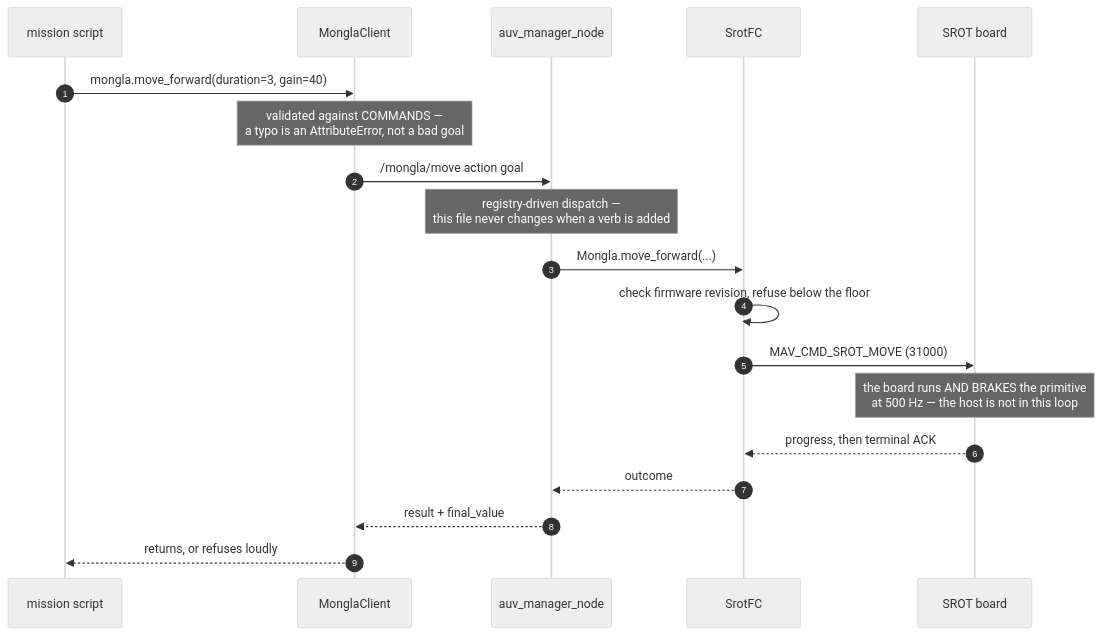
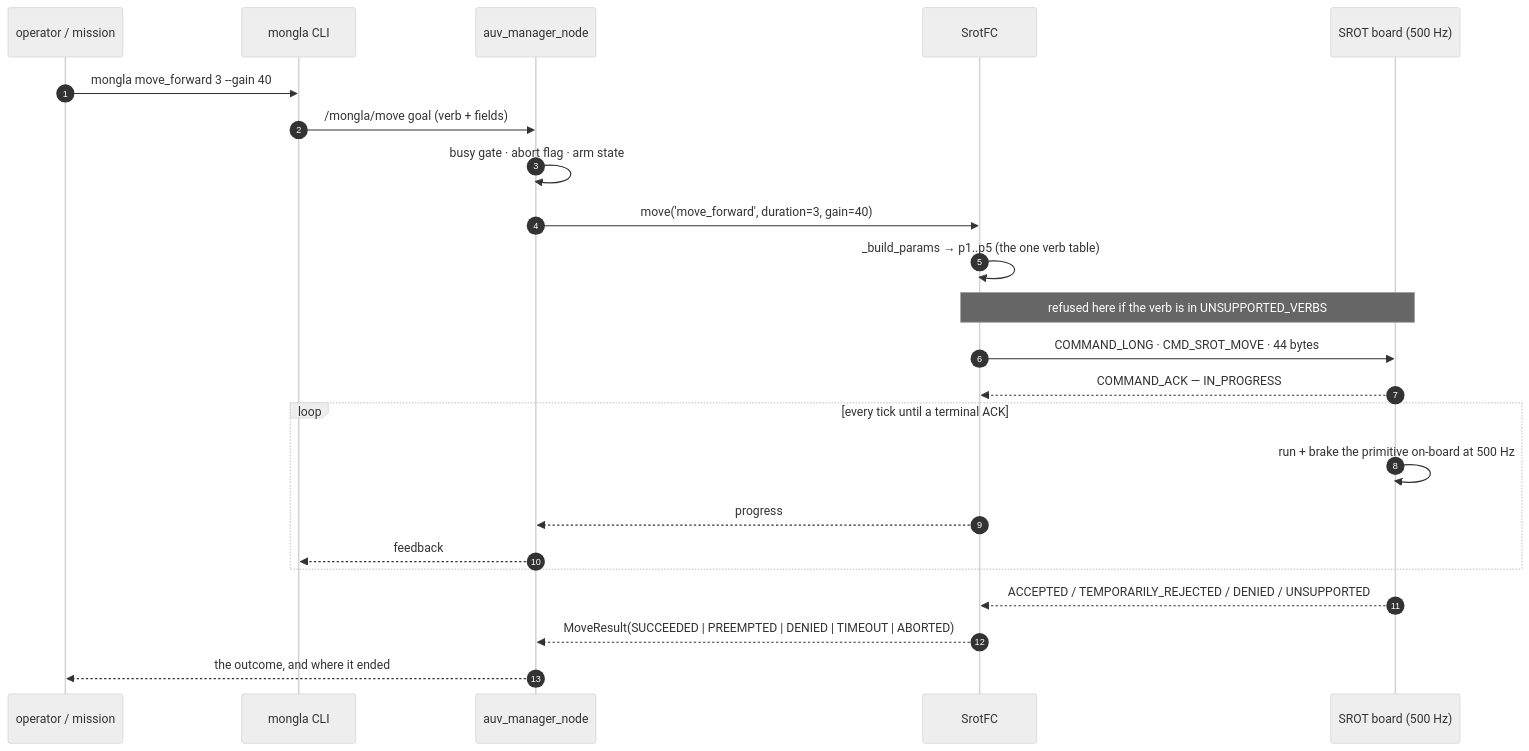
Before and after one commit to fh1m/duburi_ws: the fourth of 12 diagrams in README.md, drawn with Mermaid (neutral theme). The commit also changed other lines of this file, not shown here.

````diff
--- a/README.md
+++ b/README.md
@@ -434,22 +227,25 @@
 ```mermaid
 sequenceDiagram
     autonumber
-    participant M as mission script
-    participant C as MonglaClient
-    participant N as auv_manager_node
-    participant F as SrotFC
-    participant B as SROT board
-
-    M->>C: mongla.move_forward(duration=3, gain=40)
-    Note over C: validated against COMMANDS —<br/>a typo is an AttributeError, not a bad goal
-    C->>N: /mongla/move action goal
-    Note over N: registry-driven dispatch —<br/>this file never changes when a verb is added
-    N->>F: Mongla.move_forward(...)
-    F->>F: check firmware revision, refuse below the floor
-    F->>B: MAV_CMD_SROT_MOVE (31000)
-    Note over B: the board runs AND BRAKES the primitive<br/>at 500 Hz — the host is not in this loop
-    B-->>F: progress, then terminal ACK
-    F-->>N: outcome
-    N-->>C: result + final_value
-    C-->>M: returns, or refuses loudly
+    participant Op as operator / mission
+    participant CLI as mongla CLI
+    participant AS as auv_manager_node
+    participant FC as SrotFC
+    participant BD as SROT board (500 Hz)
+    Op->>CLI: mongla move_forward 3 --gain 40
+    CLI->>AS: /mongla/move goal (verb + fields)
+    AS->>AS: busy gate · abort flag · arm state
+    AS->>FC: move('move_forward', duration=3, gain=40)
+    FC->>FC: _build_params → p1..p5 (the one verb table)
+    Note over FC,BD: refused here if the verb is in UNSUPPORTED_VERBS
+    FC->>BD: COMMAND_LONG · CMD_SROT_MOVE · 44 bytes
+    BD-->>FC: COMMAND_ACK — IN_PROGRESS
+    loop every tick until a terminal ACK
+        BD->>BD: run + brake the primitive on-board at 500 Hz
+        FC-->>AS: progress
+        AS-->>CLI: feedback
+    end
+    BD-->>FC: ACCEPTED / TEMPORARILY_REJECTED / DENIED / UNSUPPORTED
+    FC-->>AS: MoveResult(SUCCEEDED | PREEMPTED | DENIED | TIMEOUT | ABORTED)
+    AS-->>Op: the outcome, and where it ended
 ```
````
